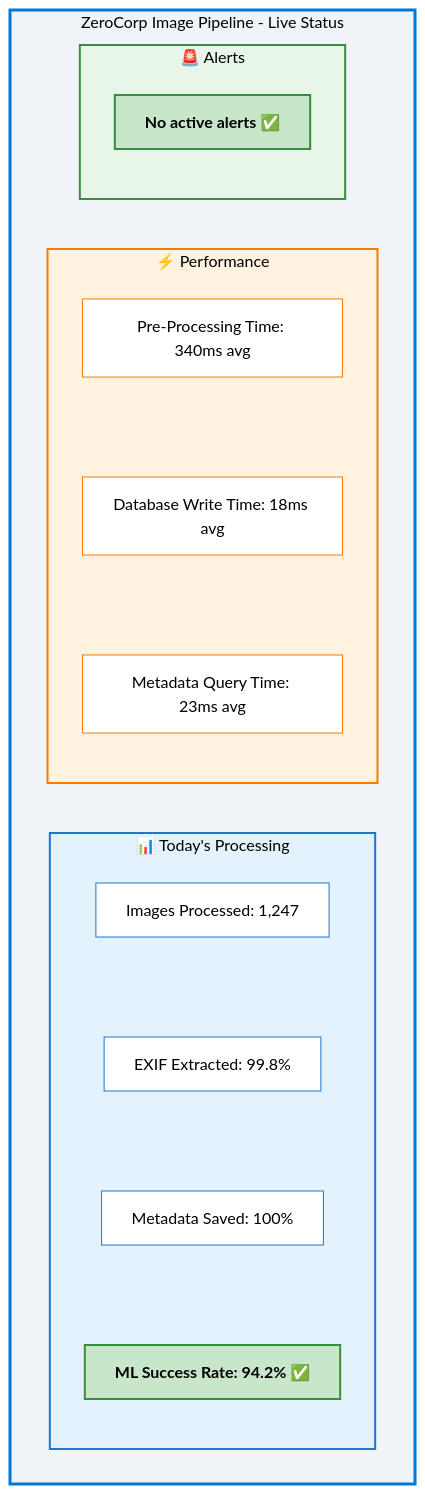
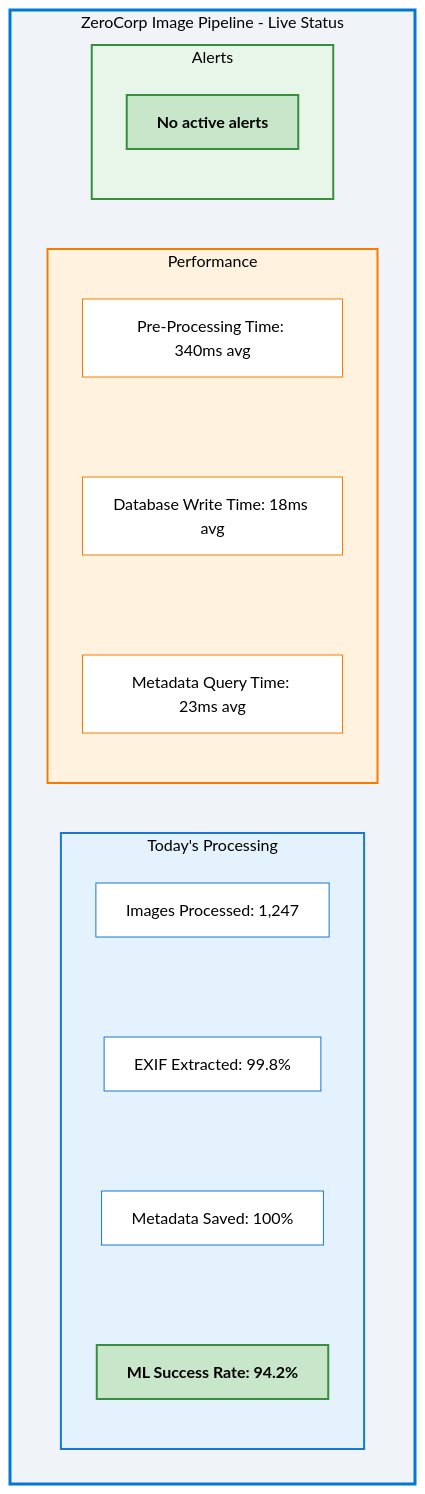
One commit to anandSgunti/cloud changed the fifth of 5 diagrams in 02-The-Bug/02_Solution_Architecture.md. Above: the diagram before and after it, drawn with Mermaid. The commit also changed other lines of this file, not shown here.

````diff
--- a/02-The-Bug/02_Solution_Architecture.md
+++ b/02-The-Bug/02_Solution_Architecture.md
@@ -239,44 +239,44 @@
 ```mermaid
 graph TB
     subgraph Dashboard["ZeroCorp Image Pipeline - Live Status"]
-        subgraph Processing["📊 Today's Processing"]
+        subgraph Processing[" Today's Processing"]
             P1["Images Processed: 1,247"]
             P2["EXIF Extracted: 99.8%"]
             P3["Metadata Saved: 100%"]
-            P4["ML Success Rate: 94.2% ✅"]
+            P4["ML Success Rate: 94.2% "]
         end
         
-        subgraph Performance["⚡ Performance"]
+        subgraph Performance[" Performance"]
             PERF1["Pre-Processing Time: 340ms avg"]
             PERF2["Database Write Time: 18ms avg"]
             PERF3["Metadata Query Time: 23ms avg"]
         end
         
-        subgraph Alerts["🚨 Alerts"]
-            A1["No active alerts ✅"]
+        subgraph Alerts[" Alerts"]
+            A1["No active alerts "]
         end
     end
     
     P1 ~~~ P2
     P2 ~~~ P3
     P3 ~~~ P4
     
     PERF1 ~~~ PERF2
     PERF2 ~~~ PERF3
     
     style Dashboard fill:#f0f4f8,stroke:#0078d4,stroke-width:3px,color:#000
     style Processing fill:#e3f2fd,stroke:#1976d2,stroke-width:2px,color:#000
     style Performance fill:#fff3e0,stroke:#f57c00,stroke-width:2px,color:#000
     style Alerts fill:#e8f5e9,stroke:#388e3c,stroke-width:2px,color:#000
     
     style P1 fill:#fff,stroke:#1976d2,color:#000
     style P2 fill:#fff,stroke:#1976d2,color:#000
     style P3 fill:#fff,stroke:#1976d2,color:#000
     style P4 fill:#c8e6c9,stroke:#388e3c,stroke-width:2px,color:#000,font-weight:bold
     
     style PERF1 fill:#fff,stroke:#f57c00,color:#000
     style PERF2 fill:#fff,stroke:#f57c00,color:#000
     style PERF3 fill:#fff,stroke:#f57c00,color:#000
     
     style A1 fill:#c8e6c9,stroke:#388e3c,stroke-width:2px,color:#000,font-weight:bold
 ```
````
